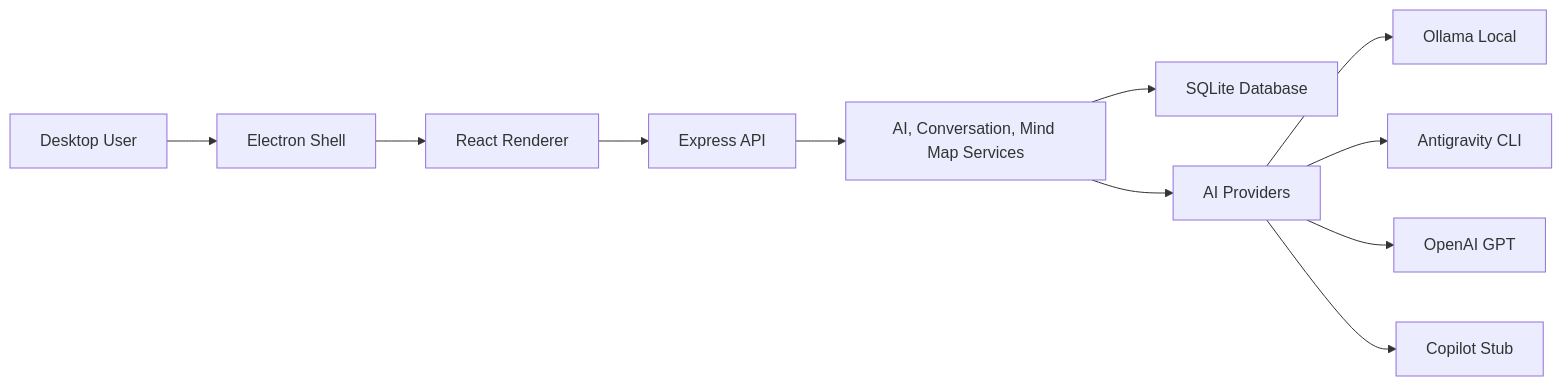
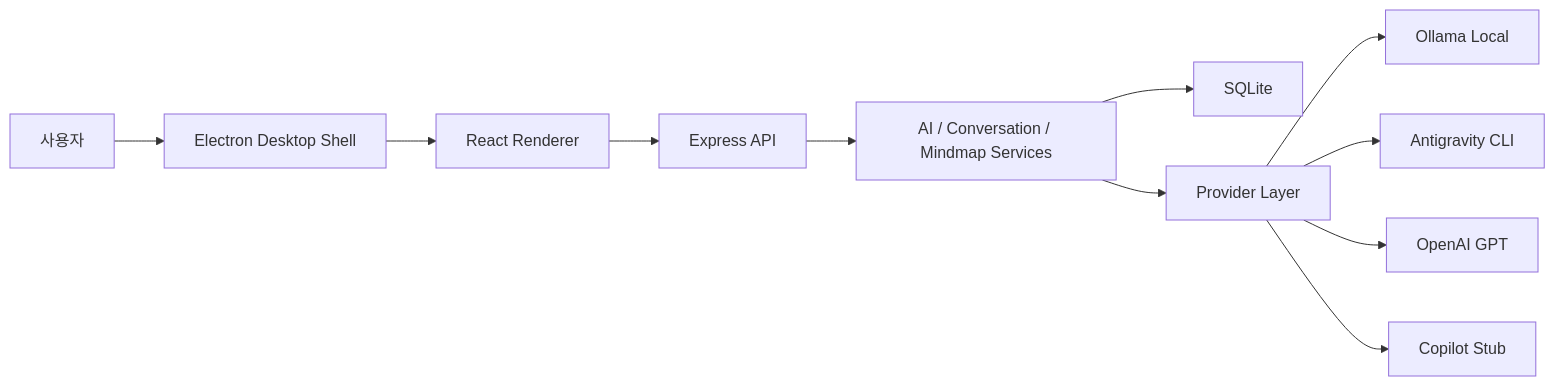
The diagram in README.md (yungi0816/role-ai-brainstorm-workspace), drawn with Mermaid before and after one commit. The commit also changed other lines of this file and 2 other files, not shown here.

````diff
--- a/README.md
+++ b/README.md
@@ -38,13 +48,13 @@
 ```mermaid
 flowchart LR
-    User["Desktop User"] --> Electron["Electron Shell"]
+    User["사용자"] --> Electron["Electron Desktop Shell"]
     Electron --> React["React Renderer"]
     React --> API["Express API"]
-    API --> Services["AI, Conversation, Mind Map Services"]
-    Services --> SQLite["SQLite Database"]
-    Services --> Providers["AI Providers"]
+    API --> Services["AI / Conversation / Mindmap Services"]
+    Services --> SQLite["SQLite"]
+    Services --> Providers["Provider Layer"]
     Providers --> Ollama["Ollama Local"]
     Providers --> Antigravity["Antigravity CLI"]
     Providers --> OpenAI["OpenAI GPT"]
     Providers --> Copilot["Copilot Stub"]
 ```
````
